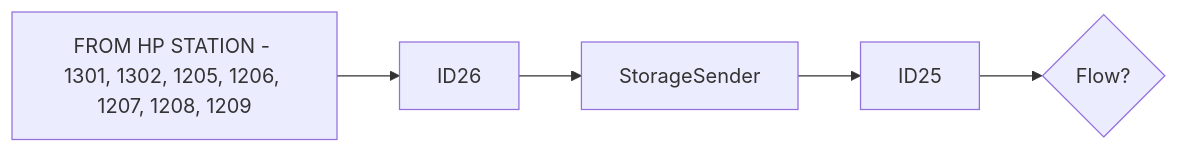
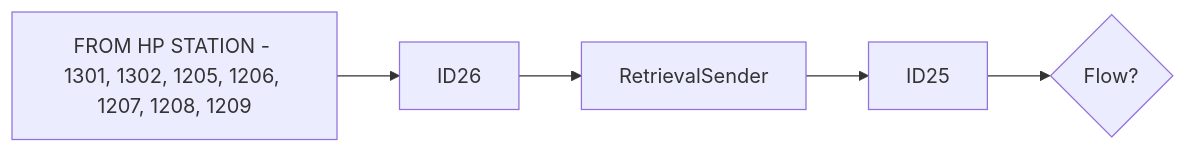
Before and after one commit to luthfiadityaa/SimeDarby-Wiki: the first of 3 diagrams in Basic-Design/DFD-WMS/Retrieval/Unplanned-Retrieval-from-HP-Area.md, drawn with Mermaid. The commit also changed other lines of this file, not shown here.

Commit message:
Updated Unplanned Retrieval from HP Area

```diff
--- a/Basic-Design/DFD-WMS/Retrieval/Unplanned-Retrieval-from-HP-Area.md
+++ b/Basic-Design/DFD-WMS/Retrieval/Unplanned-Retrieval-from-HP-Area.md
@@ -6,5 +6,5 @@
 ::: mermaid
 flowchart LR
   
-P1[FROM HP STATION - 1301, 1302, 1205, 1206, 1207, 1208, 1209]-->P2[ID26]-->P3[StorageSender]-->P4[ID25]-->Cond1{Flow?} 
+P1[FROM HP STATION - 1301, 1302, 1205, 1206, 1207, 1208, 1209]-->P2[ID26]-->P3[RetrievalSender]-->P4[ID25]-->Cond1{Flow?} 
 :::
```
